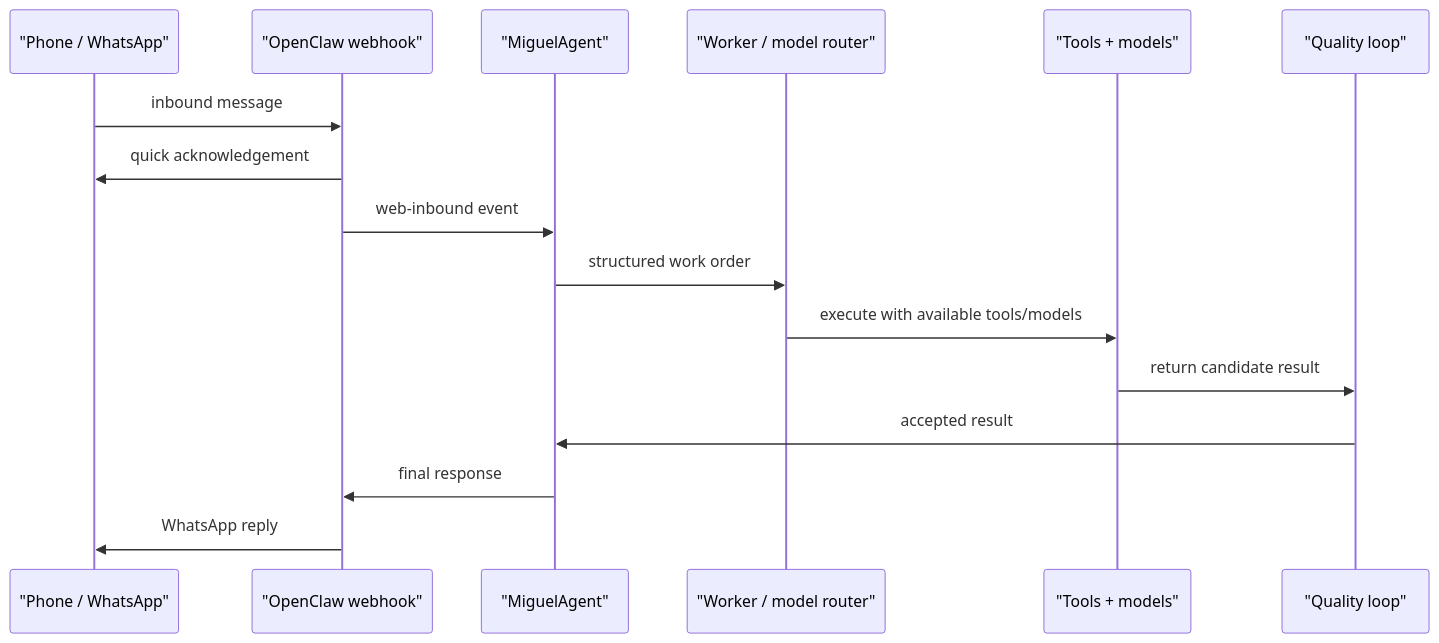
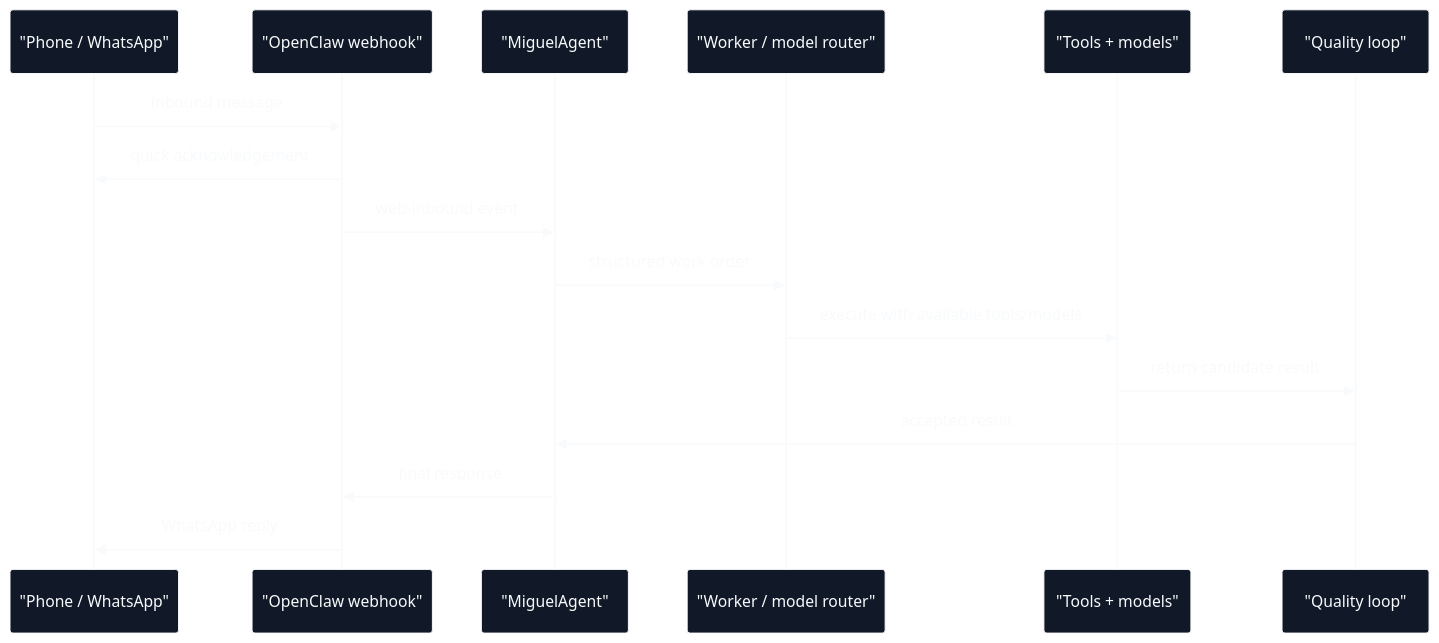
One commit to christian140903-sudo/foresight-fellowship-2027-portfolio changed the diagram in 03_remote_control_openclaw_whatsapp/README.md. Above: the diagram before and after it, drawn with Mermaid. The commit also changed other lines of this file and 6 other files, not shown here.

````diff
--- a/03_remote_control_openclaw_whatsapp/README.md
+++ b/03_remote_control_openclaw_whatsapp/README.md
@@ -7,19 +7,20 @@
 ```mermaid
+%%{init: {"theme": "base", "themeVariables": {"background": "#020617", "primaryColor": "#111827", "primaryTextColor": "#f8fafc", "primaryBorderColor": "#f8fafc", "secondaryColor": "#0f172a", "tertiaryColor": "#1f2937", "lineColor": "#f8fafc", "fontFamily": "Inter, ui-sans-serif, system-ui", "actorBkg": "#111827", "actorTextColor": "#f8fafc", "actorBorder": "#f8fafc", "signalColor": "#f8fafc", "signalTextColor": "#f8fafc", "activationBkgColor": "#1f2937", "activationBorderColor": "#f8fafc"}}}%%
 sequenceDiagram
     participant Phone as "Phone / WhatsApp"
     participant OpenClaw as "OpenClaw webhook"
     participant Agent as "MiguelAgent"
     participant Work as "Worker / model router"
     participant Tools as "Tools + models"
     participant QA as "Quality loop"
 
     Phone->>OpenClaw: inbound message
     OpenClaw->>Phone: quick acknowledgement
     OpenClaw->>Agent: web-inbound event
     Agent->>Work: structured work order
     Work->>Tools: execute with available tools/models
     Tools->>QA: return candidate result
     QA->>Agent: accepted result
     Agent->>OpenClaw: final response
     OpenClaw->>Phone: WhatsApp reply
 ```
````
